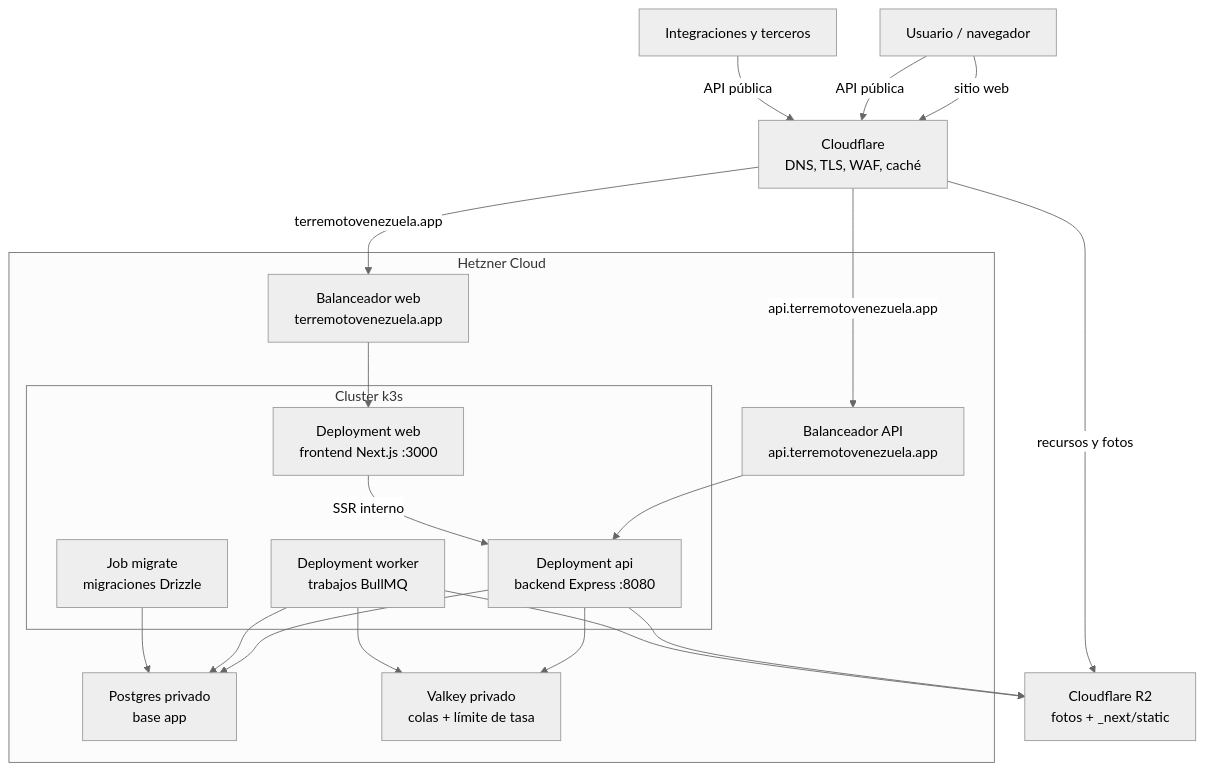
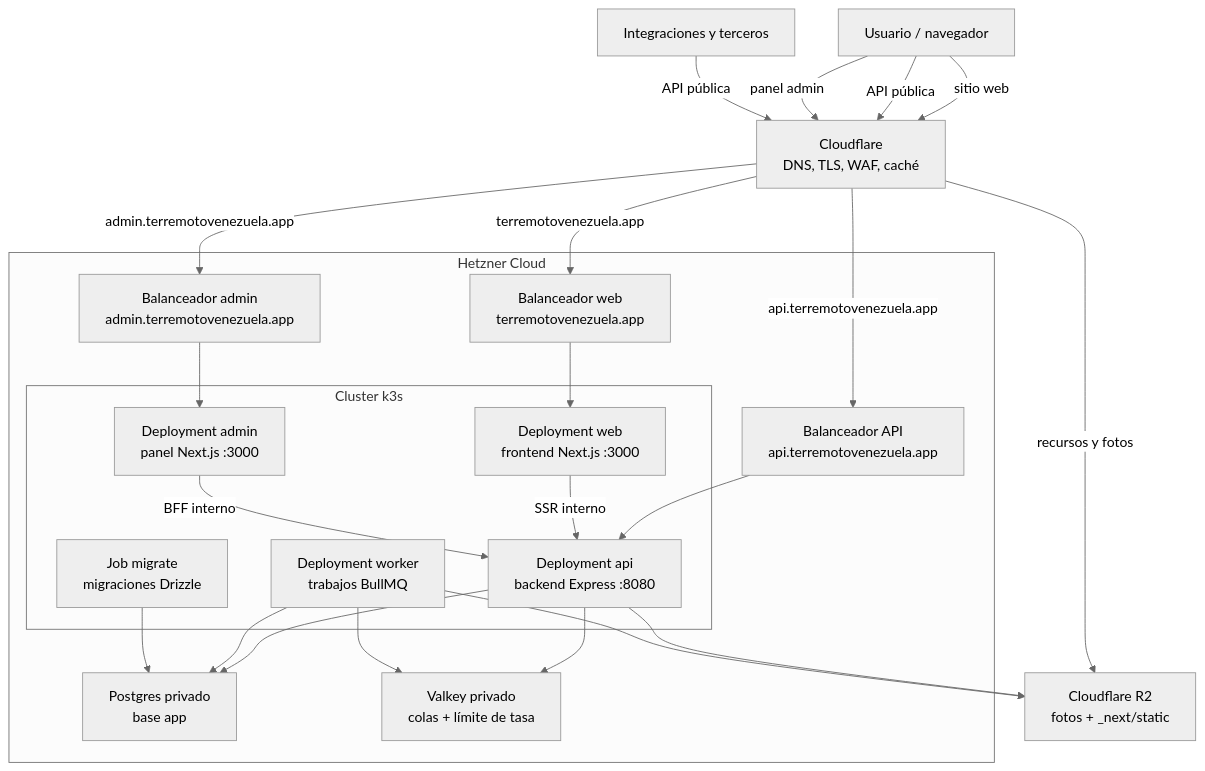
One commit to SimonBolivarHacker/mapa-emergencia-rescate changed the diagram in README.md. Above: the diagram before and after it, drawn with Mermaid (neutral theme). The commit also changed other lines of this file and 23 other files, not shown here.

````diff
--- a/README.md
+++ b/README.md
@@ -44,37 +44,42 @@
 ```mermaid
 flowchart TB
     usuario["Usuario / navegador"]
     terceros["Integraciones y terceros"]
     cloudflare["Cloudflare<br/>DNS, TLS, WAF, caché"]
     r2["Cloudflare R2<br/>fotos + _next/static"]
 
     subgraph hetzner["Hetzner Cloud"]
         lbweb["Balanceador web<br/>terremotovenezuela.app"]
         lbapi["Balanceador API<br/>api.terremotovenezuela.app"]
+        lbadmin["Balanceador admin<br/>admin.terremotovenezuela.app"]
 
         subgraph k3s["Cluster k3s"]
             web["Deployment web<br/>frontend Next.js :3000"]
             api["Deployment api<br/>backend Express :8080"]
+            admin["Deployment admin<br/>panel Next.js :3000"]
             worker["Deployment worker<br/>trabajos BullMQ"]
             migrate["Job migrate<br/>migraciones Drizzle"]
         end
 
         postgres["Postgres privado<br/>base app"]
         valkey["Valkey privado<br/>colas + límite de tasa"]
     end
 
     usuario -->|sitio web| cloudflare
     usuario -->|API pública| cloudflare
+    usuario -->|panel admin| cloudflare
     terceros -->|API pública| cloudflare
     cloudflare -->|terremotovenezuela.app| lbweb --> web
     cloudflare -->|api.terremotovenezuela.app| lbapi --> api
+    cloudflare -->|admin.terremotovenezuela.app| lbadmin --> admin
     web -->|SSR interno| api
+    admin -->|BFF interno| api
     api --> postgres
     api --> valkey
     api --> r2
     worker --> postgres
     worker --> valkey
     worker --> r2
     migrate --> postgres
     cloudflare -->|recursos y fotos| r2
 ```
````
